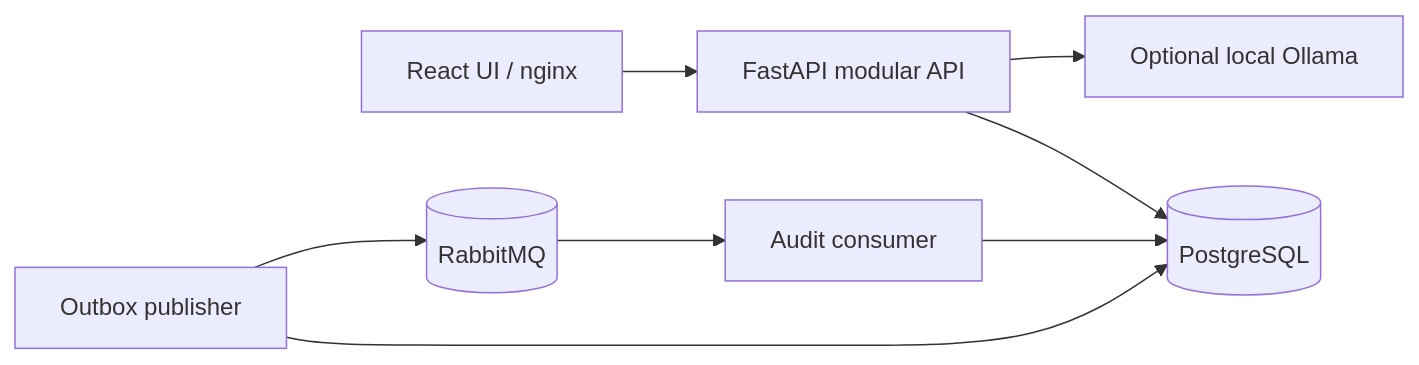
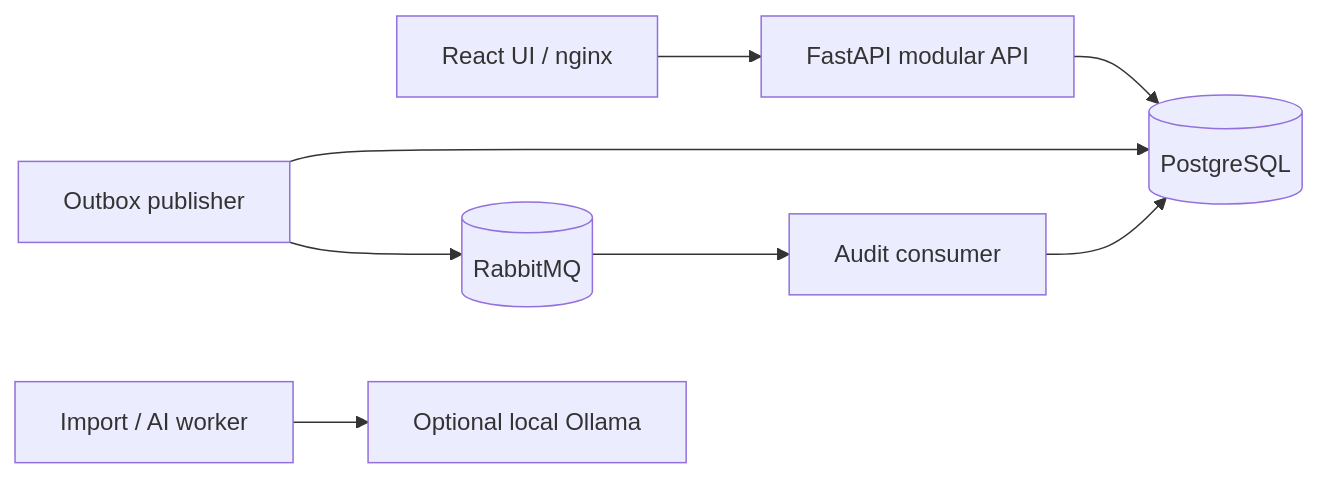
One commit to picolitios/processmind-ai changed the first of 4 diagrams in docs/architecture/target-state.md. Above: the diagram before and after it, drawn with Mermaid. The commit also changed 1 other file, not shown here.

Commit message:
docs: align current architecture with broker integration

````diff
--- a/docs/architecture/target-state.md
+++ b/docs/architecture/target-state.md
@@ -16,10 +16,10 @@
 ```mermaid
 flowchart LR
   UI[React UI / nginx] --> API[FastAPI modular API]
   API --> PG[(PostgreSQL)]
   PUB[Outbox publisher] --> PG
   PUB --> MQ[(RabbitMQ)]
   MQ --> CON[Audit consumer]
   CON --> PG
-  API --> OLL[Optional local Ollama]
+  WORKER[Import / AI worker] --> OLL[Optional local Ollama]
 ```
````
